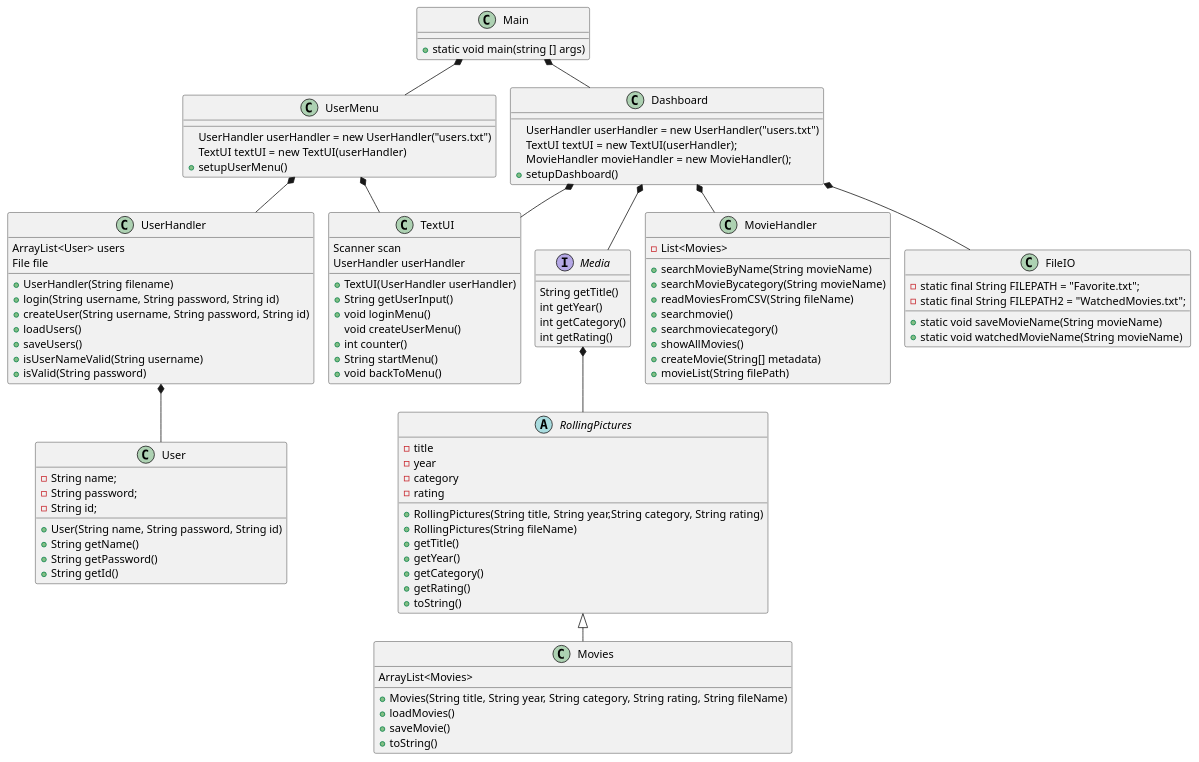
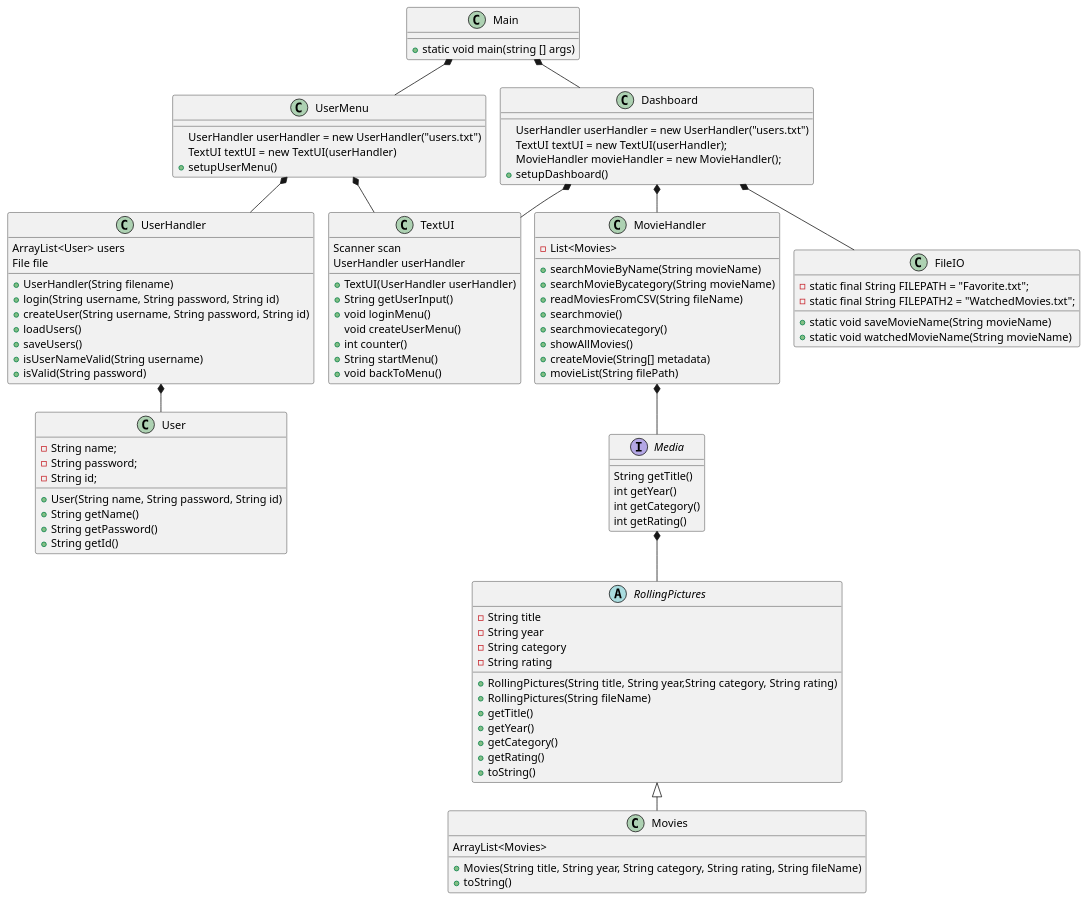
One commit to ETHMUNI/SP3-streamingtjeneste changed the diagram in doc/Classdiagram.puml. Above: the diagram before and after it, drawn with PlantUML. The commit also changed 2 other files, not shown here.

Commit message:
Updated class diagram

```diff
--- a/doc/Classdiagram.puml
+++ b/doc/Classdiagram.puml
@@ -1,119 +1,117 @@
 @startuml
 'https://plantuml.com/class-diagram
 !pragma layout smetana
 
 interface Media
 class Main
 class Movies
 class UserMenu
 class Dashboard
 class MovieHandler
 class UserHandler
 abstract RollingPictures
 class User
 
 
 class TextUI
 class FileIO
 
 
 Media : String getTitle()
 Media : int getYear()
 Media : int getCategory()
 Media : int getRating()
 
 Main : + static void main(string [] args)
 
 Movies : ArrayList<Movies>
 Movies : + Movies(String title, String year, String category, String rating, String fileName)
-Movies : + loadMovies()
-Movies : + saveMovie()
 Movies : + toString()
 
 
 UserMenu : UserHandler userHandler = new UserHandler("users.txt")
 UserMenu : TextUI textUI = new TextUI(userHandler)
 UserMenu : + setupUserMenu()
 
 
 Dashboard : UserHandler userHandler = new UserHandler("users.txt")
 Dashboard : TextUI textUI = new TextUI(userHandler);
 Dashboard : MovieHandler movieHandler = new MovieHandler();
 Dashboard : + setupDashboard()
 
 MovieHandler : - List<Movies>
 MovieHandler : + searchMovieByName(String movieName)
 MovieHandler : + searchMovieBycategory(String movieName)
 MovieHandler : + readMoviesFromCSV(String fileName)
 MovieHandler : + searchmovie()
 MovieHandler : + searchmoviecategory()
 MovieHandler : + showAllMovies()
 MovieHandler : + createMovie(String[] metadata)
 MovieHandler : + movieList(String filePath)
 
 UserMenu *-- UserHandler
 
 UserHandler : ArrayList<User> users
 UserHandler : File file
 UserHandler : + UserHandler(String filename)
 UserHandler : + login(String username, String password, String id)
 UserHandler : + createUser(String username, String password, String id)
 UserHandler : + loadUsers()
 UserHandler : + saveUsers()
 UserHandler : + isUserNameValid(String username)
 UserHandler : + isValid(String password)
 
 UserHandler *-- User
 
 User : - String name;
 User : - String password;
 User : - String id;
 User : + User(String name, String password, String id)
 User : + String getName()
 User : + String getPassword()
 User : + String getId()
 
-RollingPictures : - title
-RollingPictures : - year
-RollingPictures : - category
-RollingPictures : - rating
+RollingPictures : - String title
+RollingPictures : - String year
+RollingPictures : - String category
+RollingPictures : - String rating
 RollingPictures : + RollingPictures(String title, String year,String category, String rating)
 RollingPictures : + RollingPictures(String fileName)
 RollingPictures : + getTitle()
 RollingPictures : + getYear()
 RollingPictures : + getCategory()
 RollingPictures : + getRating()
 RollingPictures : + toString()
 
 Main *-- UserMenu
 Main *-- Dashboard
-Dashboard *--Media
+MovieHandler *-- Media
 Dashboard *-- MovieHandler
 Media *-- RollingPictures
 
 RollingPictures <|-- Movies
 
 
 Dashboard *-- TextUI
 UserMenu *-- TextUI
 
 TextUI : Scanner scan
 TextUI : UserHandler userHandler
 
 TextUI : + TextUI(UserHandler userHandler)
 TextUI : + String getUserInput()
 TextUI : + void loginMenu()
 TextUI : void createUserMenu()
 TextUI : + int counter()
 TextUI : + String startMenu()
 TextUI : + void backToMenu()
 
 Dashboard *-- FileIO
 
 FileIO : - static final String FILEPATH = "Favorite.txt";
 FileIO : - static final String FILEPATH2 = "WatchedMovies.txt";
 FileIO : + static void saveMovieName(String movieName)
 FileIO : + static void watchedMovieName(String movieName)
 
 
 @enduml
```
